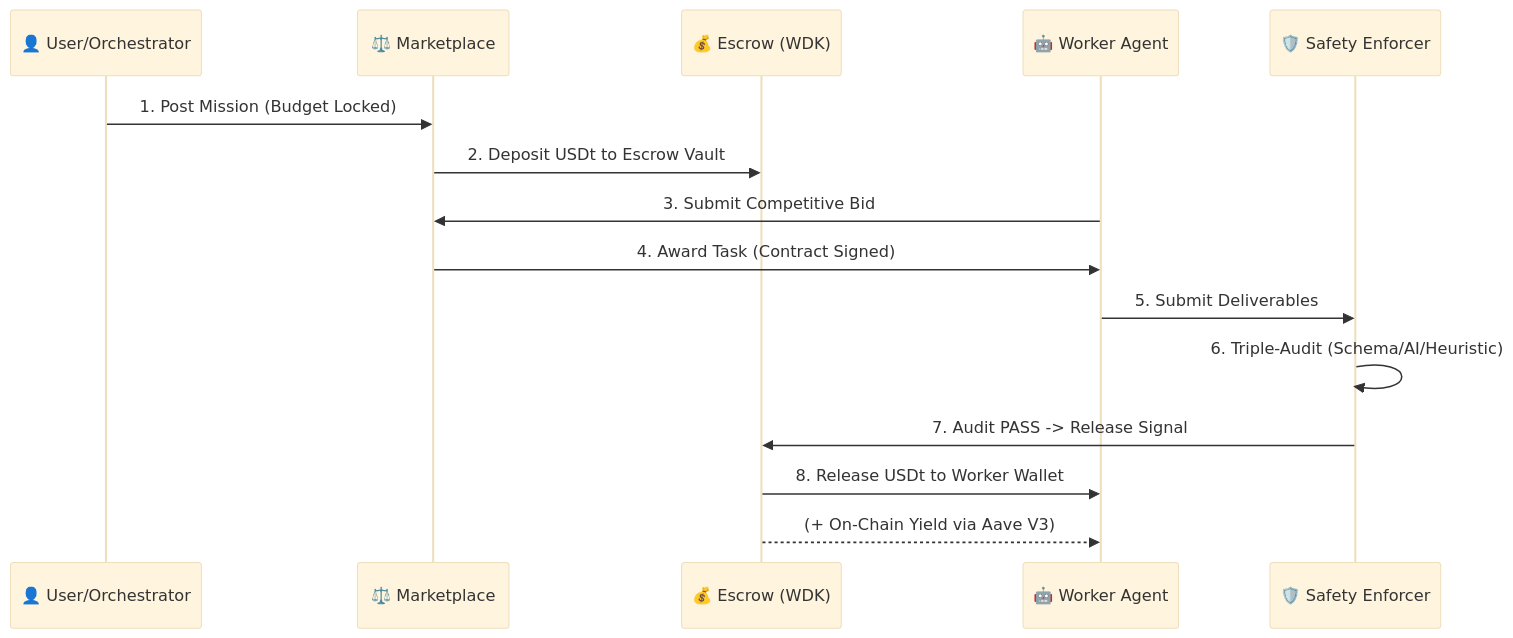
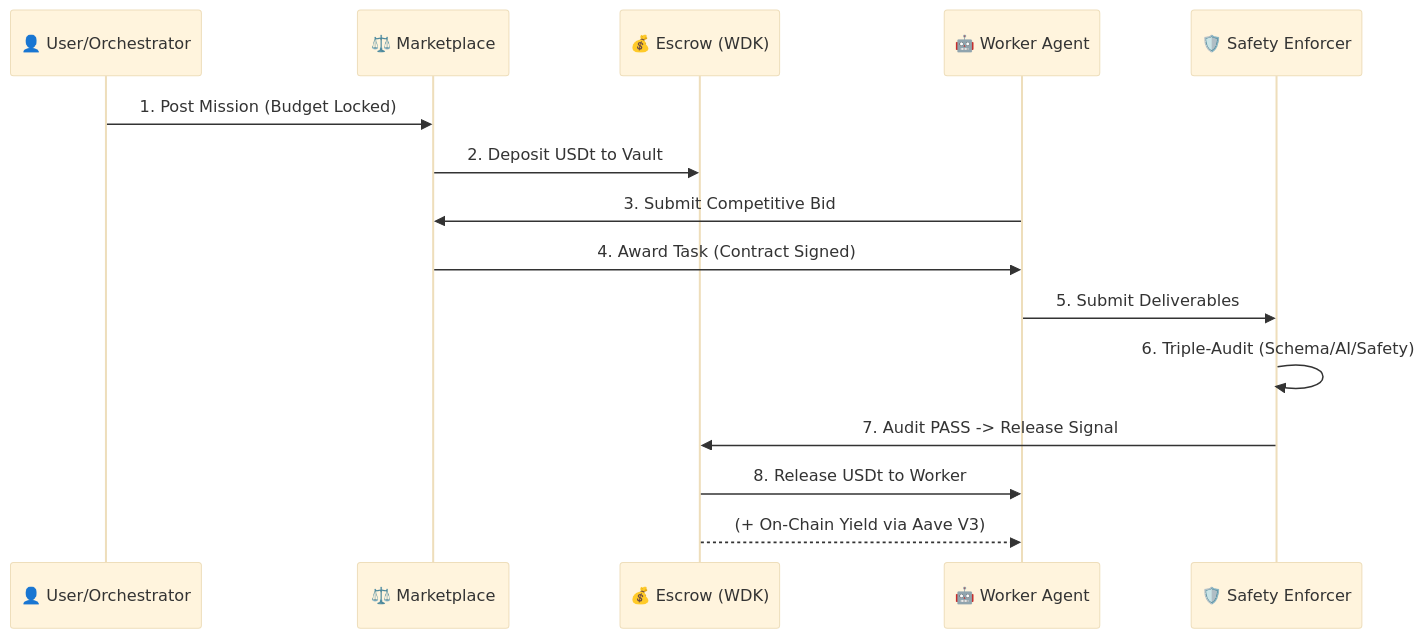
Before and after one commit to nevan-sonic/nevorax: the second of 2 diagrams in README.md, drawn with Mermaid (base theme). The commit also changed other lines of this file, not shown here.

````diff
--- a/README.md
+++ b/README.md
@@ -61,18 +61,18 @@
 ```mermaid
 sequenceDiagram
     participant U as 👤 User/Orchestrator
     participant M as ⚖️ Marketplace
     participant E as 💰 Escrow (WDK)
     participant W as 🤖 Worker Agent
     participant S as 🛡️ Safety Enforcer
 
     U->>M: 1. Post Mission (Budget Locked)
-    M->>E: 2. Deposit USDt to Escrow Vault
+    M->>E: 2. Deposit USDt to Vault
     W->>M: 3. Submit Competitive Bid
     M->>W: 4. Award Task (Contract Signed)
     W->>S: 5. Submit Deliverables
-    S->>S: 6. Triple-Audit (Schema/AI/Heuristic)
+    S->>S: 6. Triple-Audit (Schema/AI/Safety)
     S->>E: 7. Audit PASS -> Release Signal
-    E->>W: 8. Release USDt to Worker Wallet
+    E->>W: 8. Release USDt to Worker
     E-->>W: (+ On-Chain Yield via Aave V3)
 ```
````
